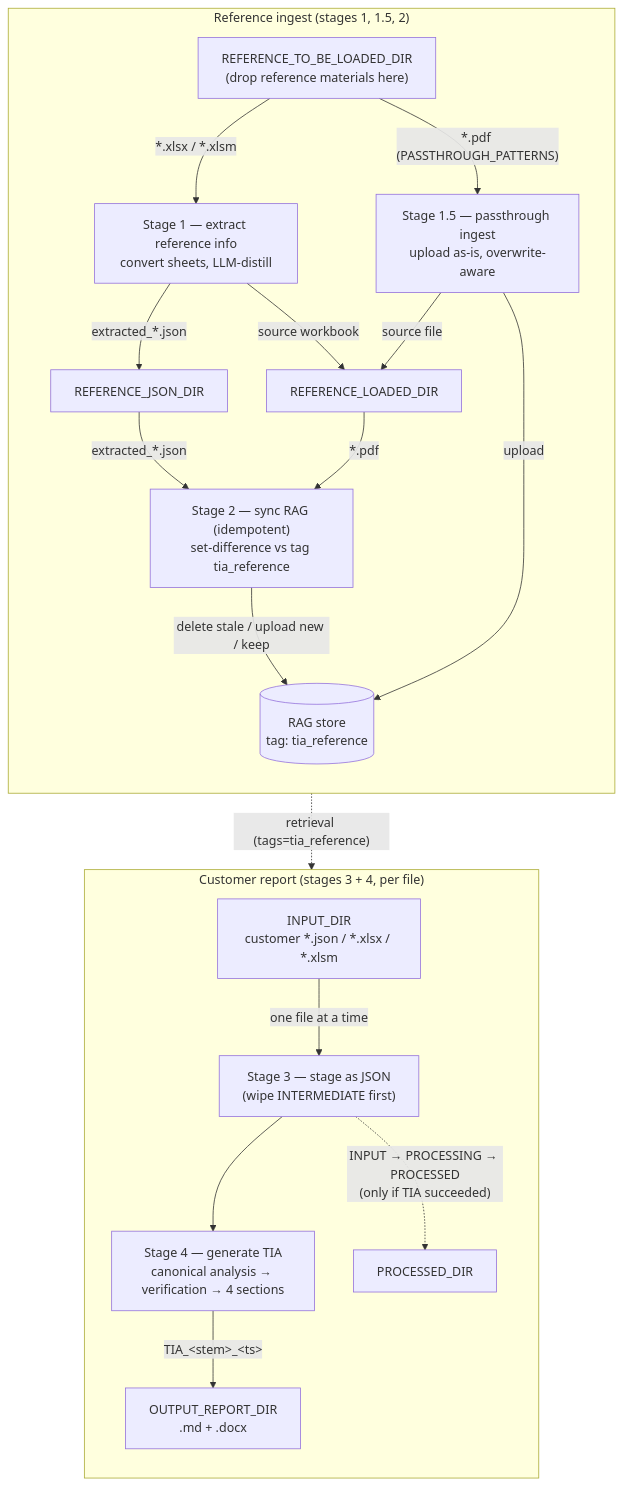
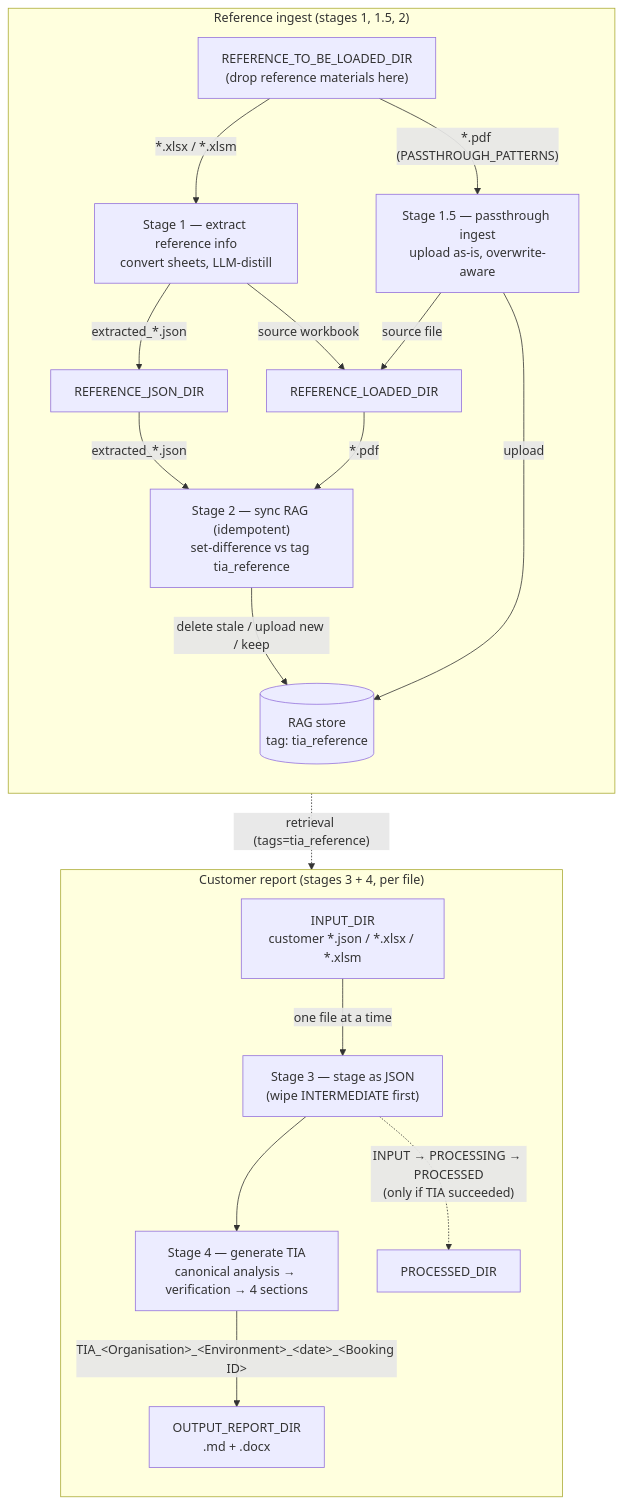
One commit to alfredlauyongfu/OnlineTIA changed the second of 2 diagrams in README.md. Above: the diagram before and after it, drawn with Mermaid. The commit also changed other lines of this file and 2 other files, not shown here.

````diff
--- a/README.md
+++ b/README.md
@@ -33,27 +33,27 @@
 ```mermaid
 flowchart TD
     subgraph REF["Reference ingest (stages 1, 1.5, 2)"]
         direction TB
         TBL["REFERENCE_TO_BE_LOADED_DIR<br/>(drop reference materials here)"]
         TBL -->|"*.xlsx / *.xlsm"| S1["Stage 1 — extract reference info<br/>convert sheets, LLM-distill"]
         TBL -->|"*.pdf (PASSTHROUGH_PATTERNS)"| S15["Stage 1.5 — passthrough ingest<br/>upload as-is, overwrite-aware"]
         S1 -->|"extracted_*.json"| RJ["REFERENCE_JSON_DIR"]
         S1 -->|"source workbook"| RL["REFERENCE_LOADED_DIR"]
         S15 -->|"source file"| RL
         RJ -->|"extracted_*.json"| S2["Stage 2 — sync RAG (idempotent)<br/>set-difference vs tag tia_reference"]
         RL -->|"*.pdf"| S2
         S15 -->|"upload"| RAG[("RAG store<br/>tag: tia_reference")]
         S2 -->|"delete stale / upload new / keep"| RAG
     end
 
     subgraph CUST["Customer report (stages 3 + 4, per file)"]
         direction TB
         IN["INPUT_DIR<br/>customer *.json / *.xlsx / *.xlsm"]
         IN -->|"one file at a time"| S3["Stage 3 — stage as JSON<br/>(wipe INTERMEDIATE first)"]
         S3 --> S4["Stage 4 — generate TIA<br/>canonical analysis → verification → 4 sections"]
-        S4 -->|"TIA_&lt;stem&gt;_&lt;ts&gt;"| OUT["OUTPUT_REPORT_DIR<br/>.md + .docx"]
+        S4 -->|"TIA_&lt;Organisation&gt;_&lt;Environment&gt;_&lt;date&gt;_&lt;Booking ID&gt;"| OUT["OUTPUT_REPORT_DIR<br/>.md + .docx"]
         S3 -.->|"INPUT → PROCESSING → PROCESSED<br/>(only if TIA succeeded)"| PROC["PROCESSED_DIR"]
     end
 
     RAG -. "retrieval (tags=tia_reference)" .-> S4
 ```
````
